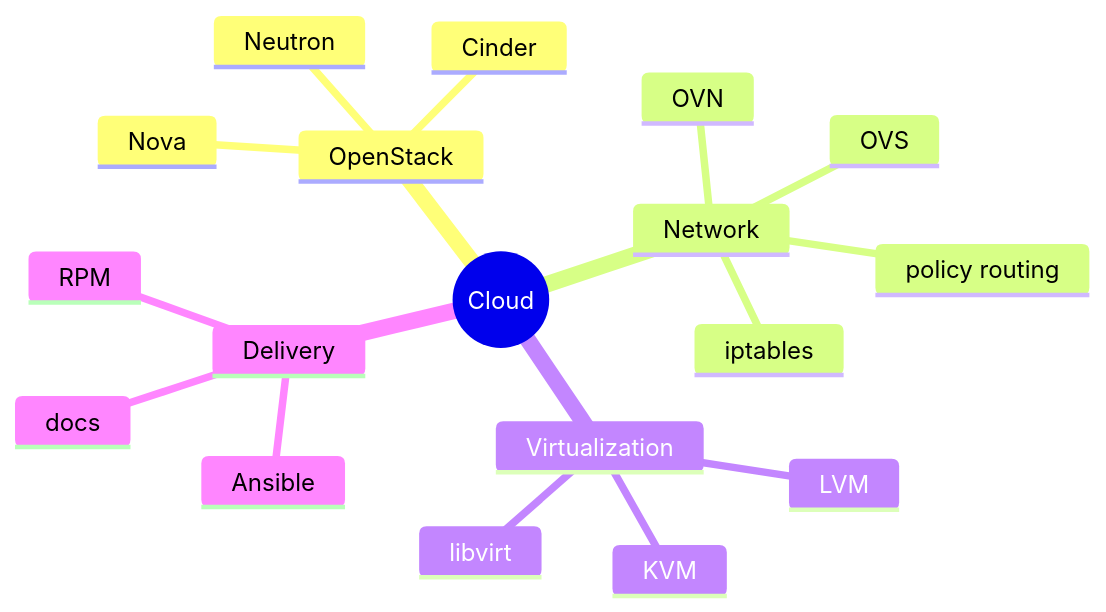
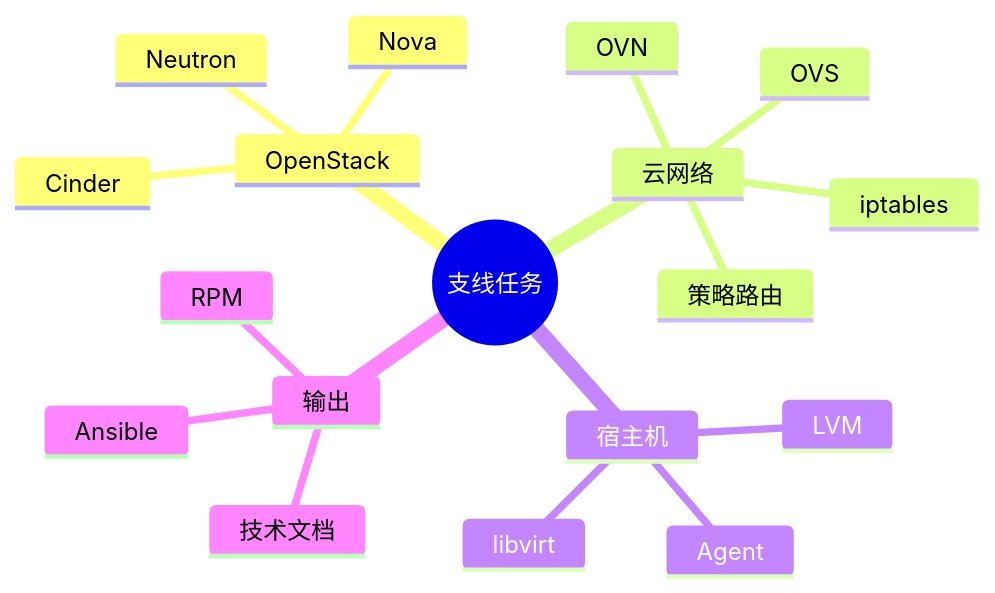
Before and after one commit to wangkuntian/wangkuntian: the second of 2 diagrams in README.md, drawn with Mermaid. The commit also changed other lines of this file, not shown here.

````diff
--- a/README.md
+++ b/README.md
@@ -69,21 +116,21 @@
 ```mermaid
 mindmap
-  root((Cloud))
+  root((支线任务))
     OpenStack
       Neutron
       Nova
       Cinder
-    Network
+    云网络
       OVS
       OVN
       iptables
-      policy routing
-    Virtualization
-      KVM
+      策略路由
+    宿主机
+      Agent
       LVM
       libvirt
-    Delivery
+    输出
       RPM
       Ansible
-      docs
+      技术文档
 ```
````
